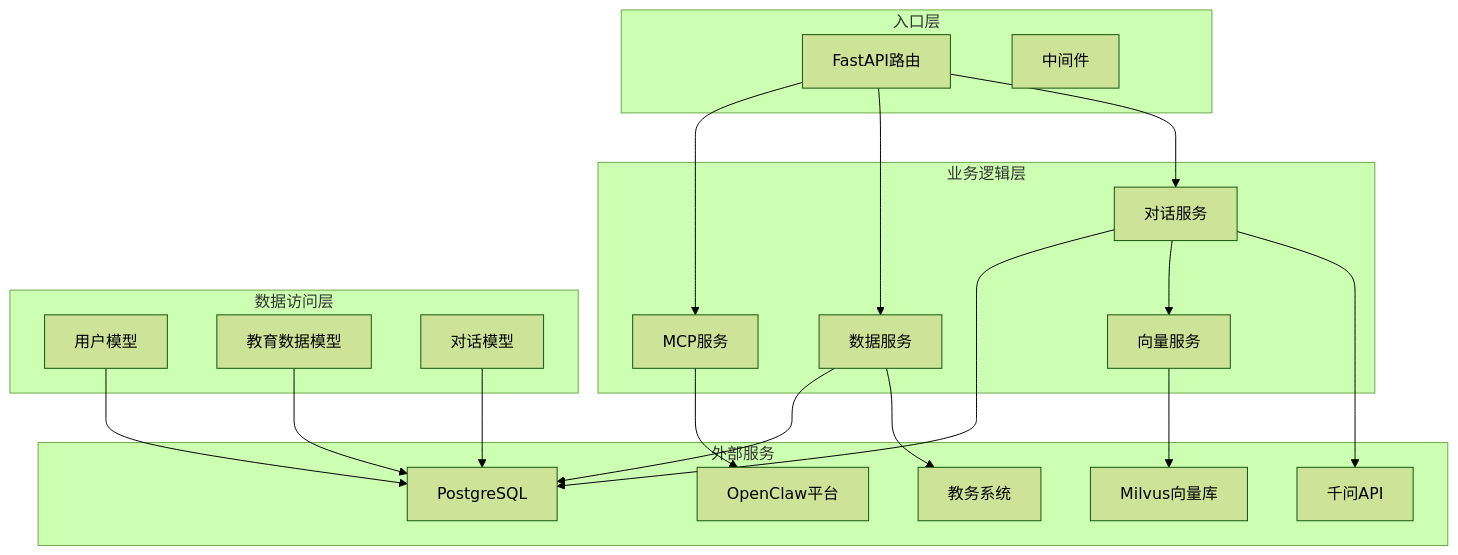
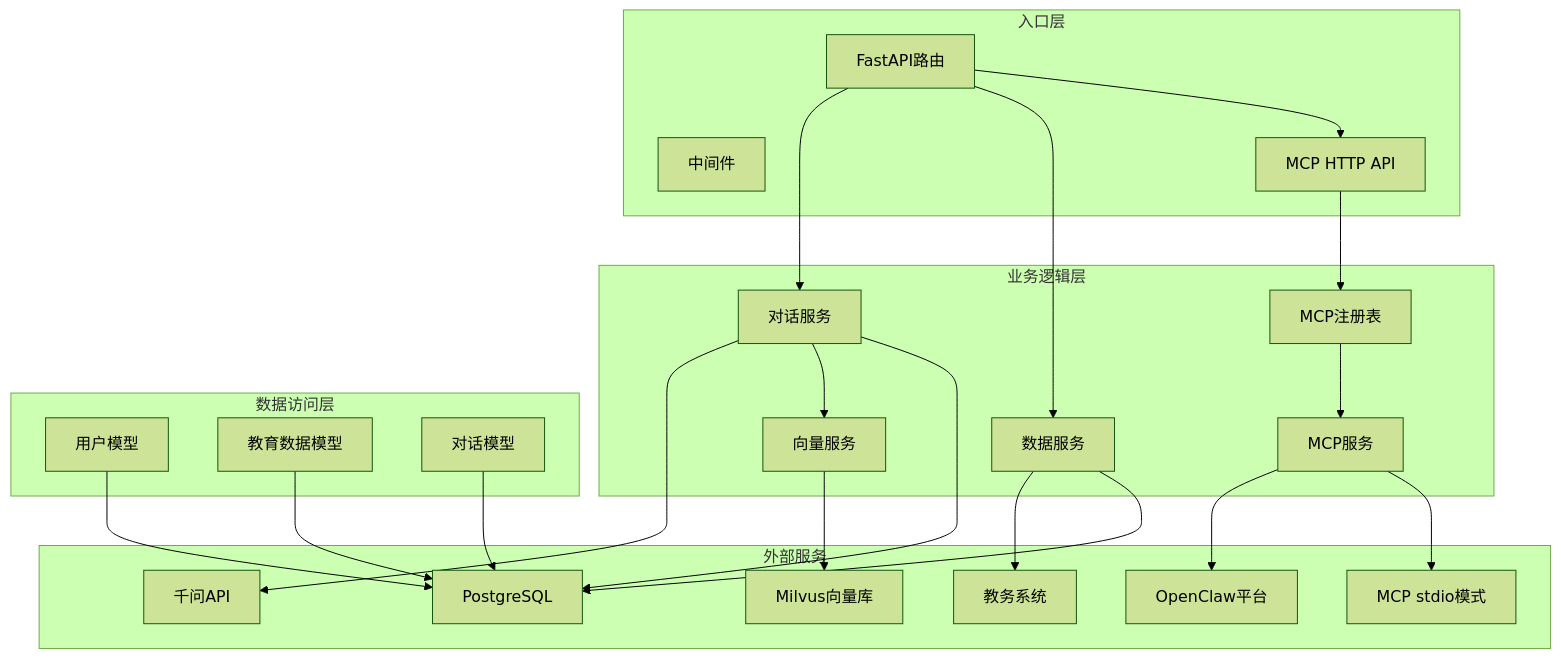
Before and after one commit to ghbbn053-ship-itsoulddog/soulddog: the fourth of 14 diagrams in .qoder/repowiki/zh/content/AI智能问答系统/AI工具调用功能.md, drawn with Mermaid (forest theme). The commit also changed other lines of this file and 119 other files, not shown here.

````diff
--- a/.qoder/repowiki/zh/content/AI智能问答系统/AI工具调用功能.md
+++ b/.qoder/repowiki/zh/content/AI智能问答系统/AI工具调用功能.md
@@ -218,38 +255,44 @@
 ```mermaid
 graph TB
 subgraph "入口层"
 Router[FastAPI路由]
 Middleware[中间件]
+MCPAPI[MCP HTTP API]
 end
 subgraph "业务逻辑层"
 ChatService[对话服务]
 DataService[数据服务]
 VectorService[向量服务]
 MCPService[MCP服务]
+MCPRegistry[MCP注册表]
 end
 subgraph "数据访问层"
 UserModel[用户模型]
 EduModel[教育数据模型]
 ConvModel[对话模型]
 end
 subgraph "外部服务"
 QwenAPI[千问API]
 MilvusDB[Milvus向量库]
 PostgresDB[PostgreSQL]
 JwxtSystem[教务系统]
 OpenClaw[OpenClaw平台]
+MCPStdio[MCP stdio模式]
 end
 Router --> ChatService
 Router --> DataService
-Router --> MCPService
+Router --> MCPAPI
+MCPAPI --> MCPRegistry
+MCPRegistry --> MCPService
 ChatService --> QwenAPI
 ChatService --> VectorService
 MCPService --> OpenClaw
+MCPService --> MCPStdio
 DataService --> JwxtSystem
 VectorService --> MilvusDB
 ChatService --> PostgresDB
 DataService --> PostgresDB
 UserModel --> PostgresDB
 EduModel --> PostgresDB
 ConvModel --> PostgresDB
 ```
````
